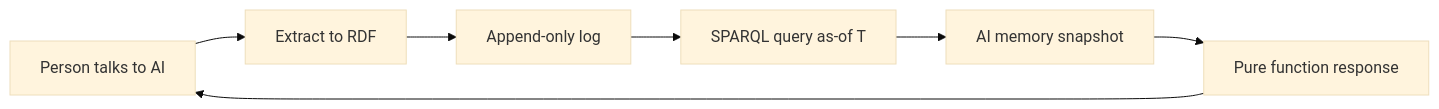
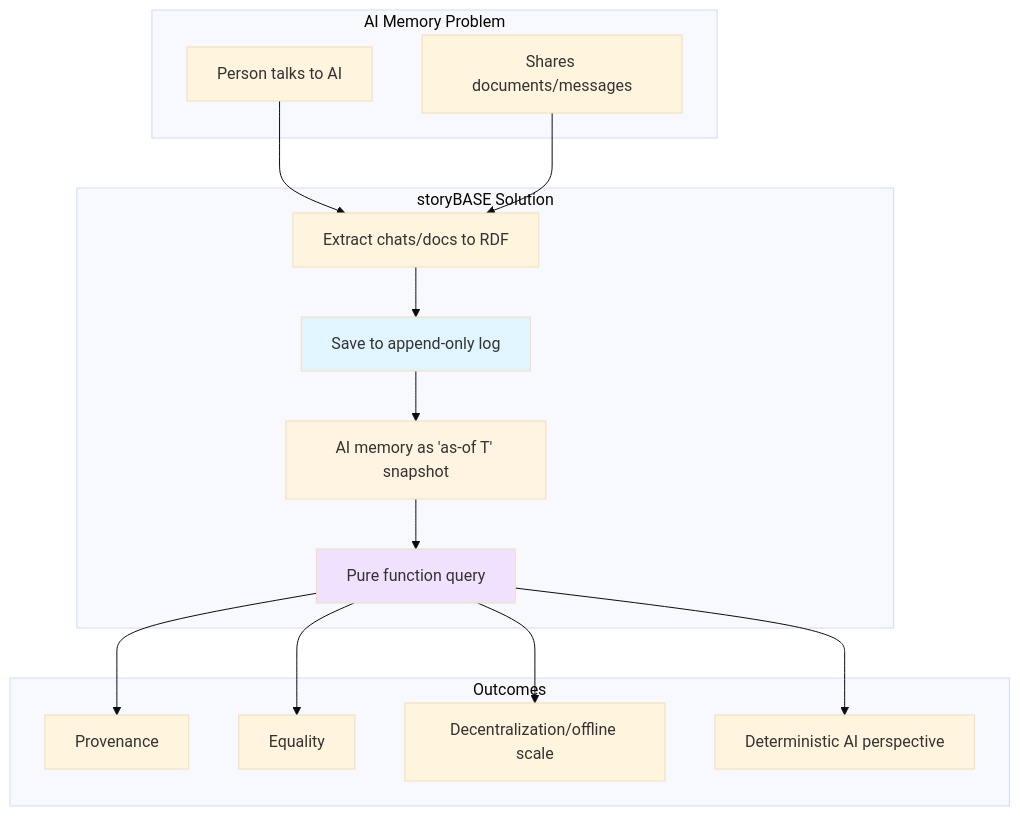
One commit to Synthetic-Identity-Co/conj-talk-2025 changed the third of 6 diagrams in conj-talk-2025.md. Above: the diagram before and after it, drawn with Mermaid (base theme). The commit also changed other lines of this file, not shown here.

Commit message:
story:  349c0d4a6141a6511f5f36aea2ca873382f43057

````diff
--- a/conj-talk-2025.md
+++ b/conj-talk-2025.md
@@ -207,9 +159,35 @@
 ```mermaid
-graph LR
-    A[Person talks to AI] --> B[Extract to RDF]
-    B --> C[Append-only log]
-    C --> D[SPARQL query as-of T]
-    D --> E[AI memory snapshot]
-    E --> F[Pure function response]
-    F --> A
+graph TB
+    subgraph "AI Memory Problem"
+        A1[Person talks to AI]
+        A2[Shares documents/messages]
+    end
+    
+    subgraph "storyBASE Solution"
+        B1[Extract chats/docs to RDF]
+        B2[Save to append-only log]
+        B3[AI memory as 'as-of T' snapshot]
+        B4[Pure function query]
+    end
+    
+    subgraph "Outcomes"
+        C1[Provenance]
+        C2[Equality]
+        C3[Decentralization/offline scale]
+        C4[Deterministic AI perspective]
+    end
+    
+    A1 --> B1
+    A2 --> B1
+    B1 --> B2
+    B2 --> B3
+    B3 --> B4
+    B4 --> C1
+    B4 --> C2
+    B4 --> C3
+    B4 --> C4
+    
+    style B2 fill:#e1f5ff
+    style B3 fill:#fff4e1
+    style B4 fill:#f0e1ff
 ```
````
